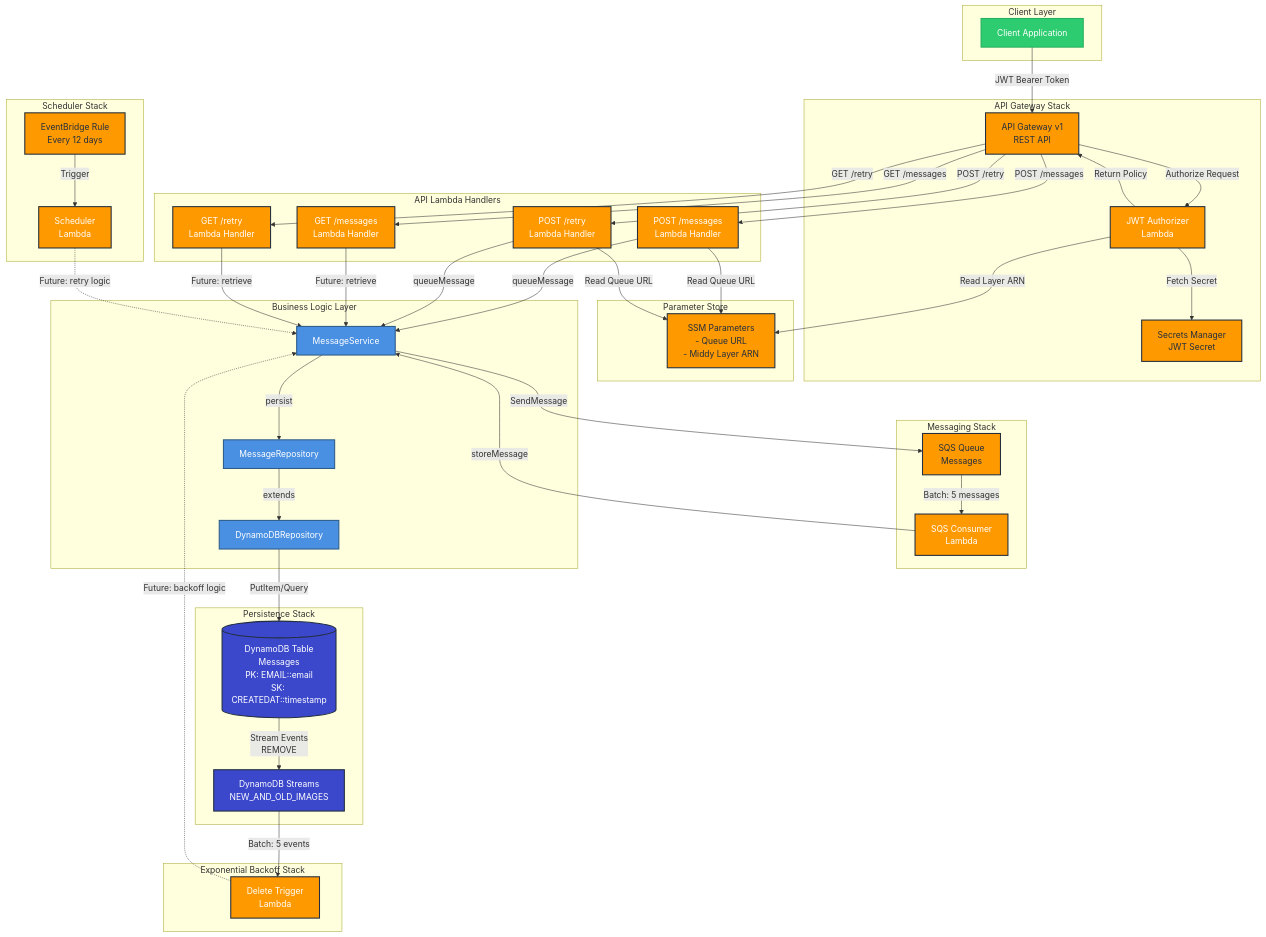
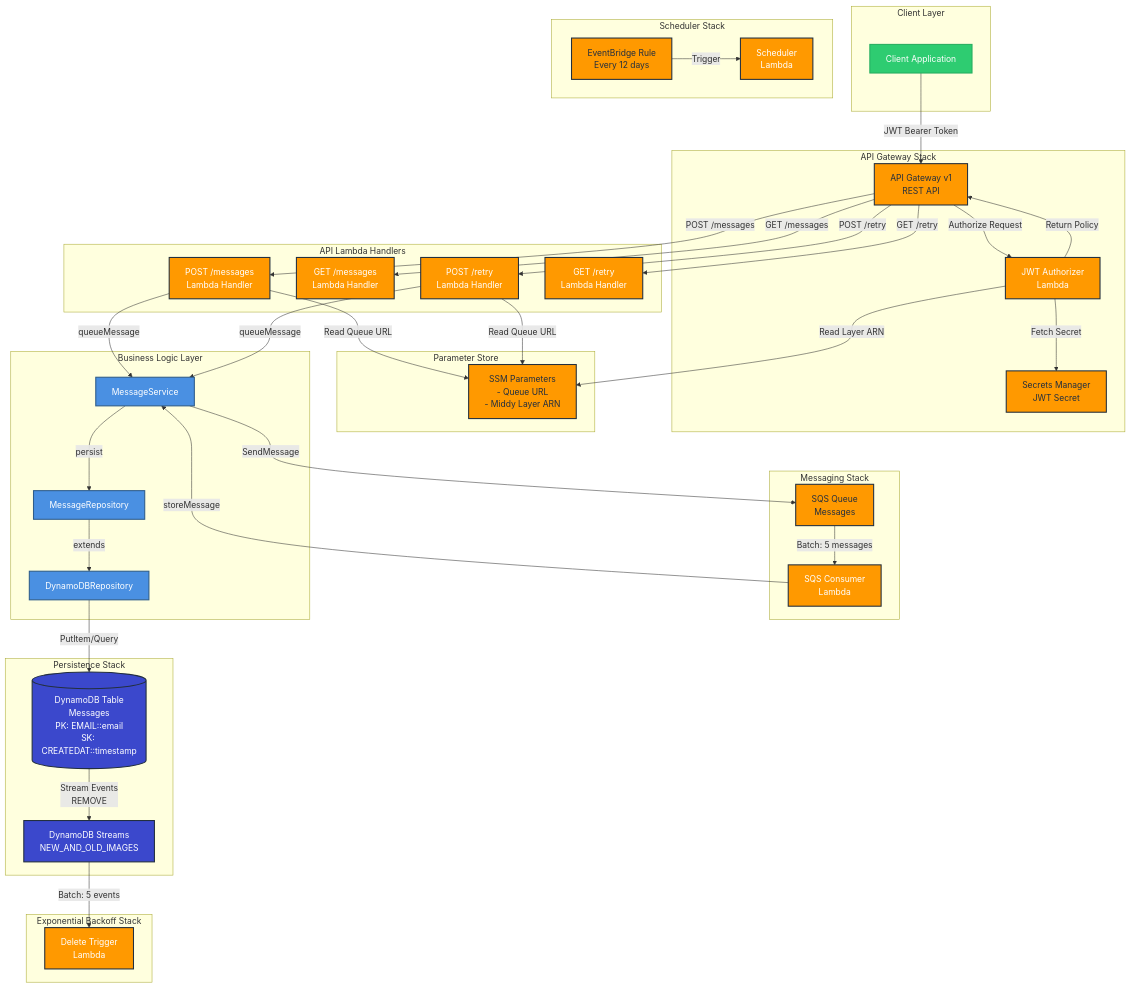
Before and after one commit to rawlinja/serverless-message-retry-cdk: the first of 2 diagrams in docs/ARCHITECTURE.md, drawn with Mermaid. The commit also changed other lines of this file, not shown here.

```diff
--- a/docs/ARCHITECTURE.md
+++ b/docs/ARCHITECTURE.md
@@ -67,8 +67,6 @@
     %% API Handlers to MessageService
     PostMsg -->|queueMessage| MS
     PostRetry -->|queueMessage| MS
-    GetMsg -->|Future: retrieve| MS
-    GetRetry -->|Future: retrieve| MS
 
     %% MessageService to SQS
     MS -->|SendMessage| SQS
@@ -90,10 +88,6 @@
 
     %% EventBridge Scheduler
     EB -->|Trigger| Scheduler
-    Scheduler -.->|Future: retry logic| MS
-
-    %% Delete Trigger
-    DeleteTrigger -.->|Future: backoff logic| MS
 
     %% SSM Parameter Store
     PostMsg -->|Read Queue URL| SSM
```
